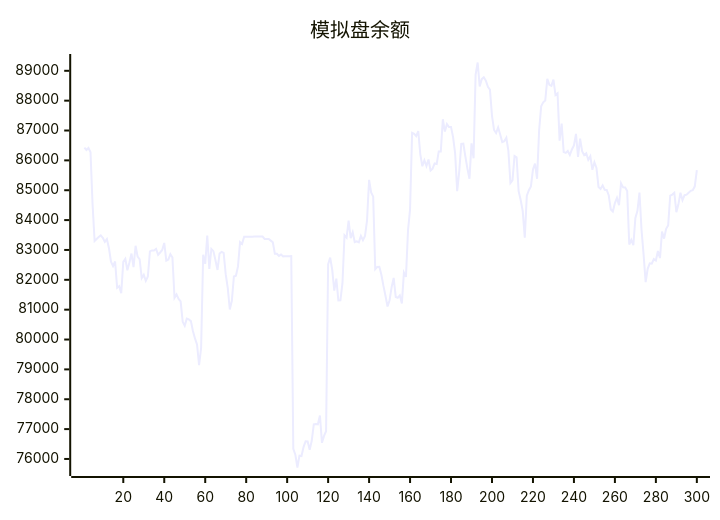
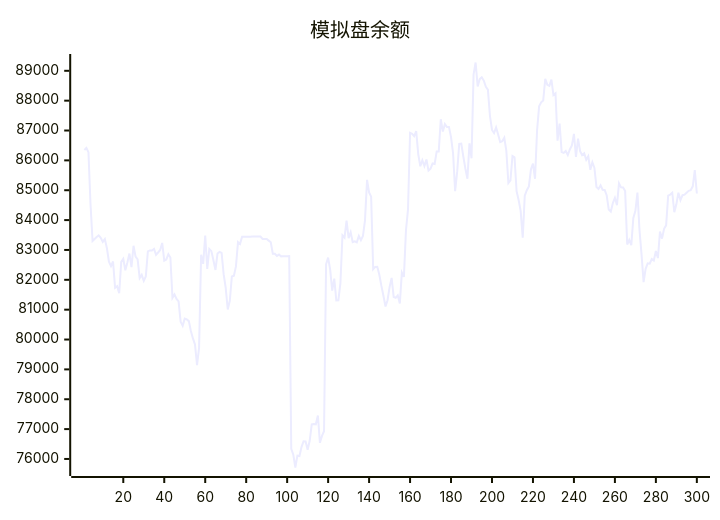
The diagram in README.md (aahl/ai-trading), drawn with Mermaid before and after one commit. The commit also changed other lines of this file and 1 other file, not shown here.

````diff
--- a/README.md
+++ b/README.md
@@ -5,5 +5,5 @@
 ```mermaid
 xychart
     title "模拟盘余额"
-    line [86427,86348,86417,86273,84538,83299,83369,83430,83490,83404,83270,83362,83056,82605,82459,82614,81734,81788,81551,82598,82702,82320,82580,82878,82426,83139,82778,82686,82056,82166,81963,82110,82951,82983,82984,83038,82838,82915,82998,83235,82642,82682,82858,82746,81396,81512,81362,81277,80600,80461,80699,80673,80616,80288,80038,79836,79142,79722,82837,82533,83480,82366,83032,82960,82654,82330,82883,82934,82901,82188,81728,81005,81298,82110,82135,82449,83264,83203,83440,83439,83440,83440,83446,83447,83448,83447,83448,83449,83369,83369,83369,83313,83256,82872,82873,82801,82844,82785,82791,82791,82793,82794,76339,76145,75714,76110,76096,76397,76594,76585,76310,76607,77160,77170,77160,77456,76541,76774,76927,82520,82744,82337,81639,82040,81307,81314,81887,83490,83414,83984,83396,83594,83261,83287,83253,83470,83327,83465,83987,85348,84930,84786,82355,82433,82438,82167,81795,81466,81105,81315,81756,82064,81426,81398,81481,81210,82242,82099,83658,84359,86925,86892,86814,86980,86203,85802,86003,85811,86028,85657,85721,85896,85880,86300,86299,87378,86965,87214,87115,87118,86780,86238,84966,85623,86555,86562,86129,85722,85387,86569,86070,88870,89278,88477,88720,88781,88668,88467,88372,87493,87018,86917,87102,86870,86613,86644,86758,86317,85242,85334,86149,86106,84968,84671,84302,83410,84816,85001,85127,85693,85891,85384,87001,87811,87945,88007,88734,88528,88495,88705,88189,88248,86662,87234,86279,86251,86314,86177,86364,86503,86886,86114,86731,86310,86176,86240,86017,86136,85685,85938,85749,85111,85044,85164,85016,85008,84824,84354,84287,84572,84745,84500,85234,85096,85095,84970,83180,83338,83157,84070,84309,84922,83667,82850,81924,82369,82552,82539,82695,82648,82962,82728,83619,83378,83710,83825,84819,84854,84917,84265,84527,84919,84668,84834,84850,84916,84981,85004,85131,85674]
+    line [86348,86417,86273,84538,83299,83369,83430,83490,83404,83270,83362,83056,82605,82459,82614,81734,81788,81551,82598,82702,82320,82580,82878,82426,83139,82778,82686,82056,82166,81963,82110,82951,82983,82984,83038,82838,82915,82998,83235,82642,82682,82858,82746,81396,81512,81362,81277,80600,80461,80699,80673,80616,80288,80038,79836,79142,79722,82837,82533,83480,82366,83032,82960,82654,82330,82883,82934,82901,82188,81728,81005,81298,82110,82135,82449,83264,83203,83440,83439,83440,83440,83446,83447,83448,83447,83448,83449,83369,83369,83369,83313,83256,82872,82873,82801,82844,82785,82791,82791,82793,82794,76339,76145,75714,76110,76096,76397,76594,76585,76310,76607,77160,77170,77160,77456,76541,76774,76927,82520,82744,82337,81639,82040,81307,81314,81887,83490,83414,83984,83396,83594,83261,83287,83253,83470,83327,83465,83987,85348,84930,84786,82355,82433,82438,82167,81795,81466,81105,81315,81756,82064,81426,81398,81481,81210,82242,82099,83658,84359,86925,86892,86814,86980,86203,85802,86003,85811,86028,85657,85721,85896,85880,86300,86299,87378,86965,87214,87115,87118,86780,86238,84966,85623,86555,86562,86129,85722,85387,86569,86070,88870,89278,88477,88720,88781,88668,88467,88372,87493,87018,86917,87102,86870,86613,86644,86758,86317,85242,85334,86149,86106,84968,84671,84302,83410,84816,85001,85127,85693,85891,85384,87001,87811,87945,88007,88734,88528,88495,88705,88189,88248,86662,87234,86279,86251,86314,86177,86364,86503,86886,86114,86731,86310,86176,86240,86017,86136,85685,85938,85749,85111,85044,85164,85016,85008,84824,84354,84287,84572,84745,84500,85234,85096,85095,84970,83180,83338,83157,84070,84309,84922,83667,82850,81924,82369,82552,82539,82695,82648,82962,82728,83619,83378,83710,83825,84819,84854,84917,84265,84527,84919,84668,84834,84850,84916,84981,85004,85131,85674,84891]
 ```
````
